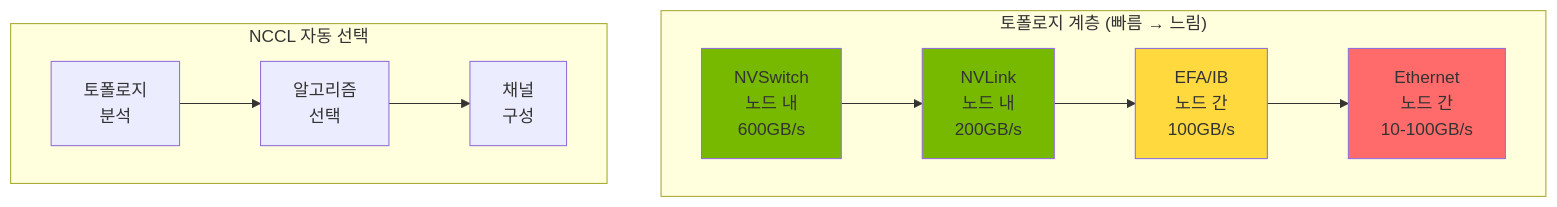
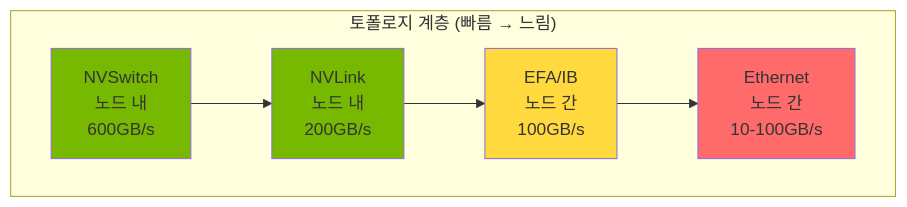
The sixth of 6 diagrams in docs/agentic-ai-platform/model-serving/nemo-framework.md (devfloor9/engineering-playbook), drawn with Mermaid before and after one commit. The commit also changed other lines of this file and 5 other files, not shown here.

````diff
--- a/docs/agentic-ai-platform/model-serving/nemo-framework.md
+++ b/docs/agentic-ai-platform/model-serving/nemo-framework.md
@@ -817,24 +505,16 @@
 ```mermaid
 flowchart TB
     subgraph Topo["토폴로지 계층 (빠름 → 느림)"]
         L1[NVSwitch<br/>노드 내<br/>600GB/s]
         L2[NVLink<br/>노드 내<br/>200GB/s]
         L3[EFA/IB<br/>노드 간<br/>100GB/s]
         L4[Ethernet<br/>노드 간<br/>10-100GB/s]
 
         L1 --> L2 --> L3 --> L4
     end
 
-    subgraph NCCL["NCCL 자동 선택"]
-        A[토폴로지<br/>분석]
-        B[알고리즘<br/>선택]
-        C[채널<br/>구성]
-
-        A --> B --> C
-    end
-
     style L1 fill:#76b900
     style L2 fill:#76b900
     style L3 fill:#ffd93d
     style L4 fill:#ff6b6b
 ```
````
